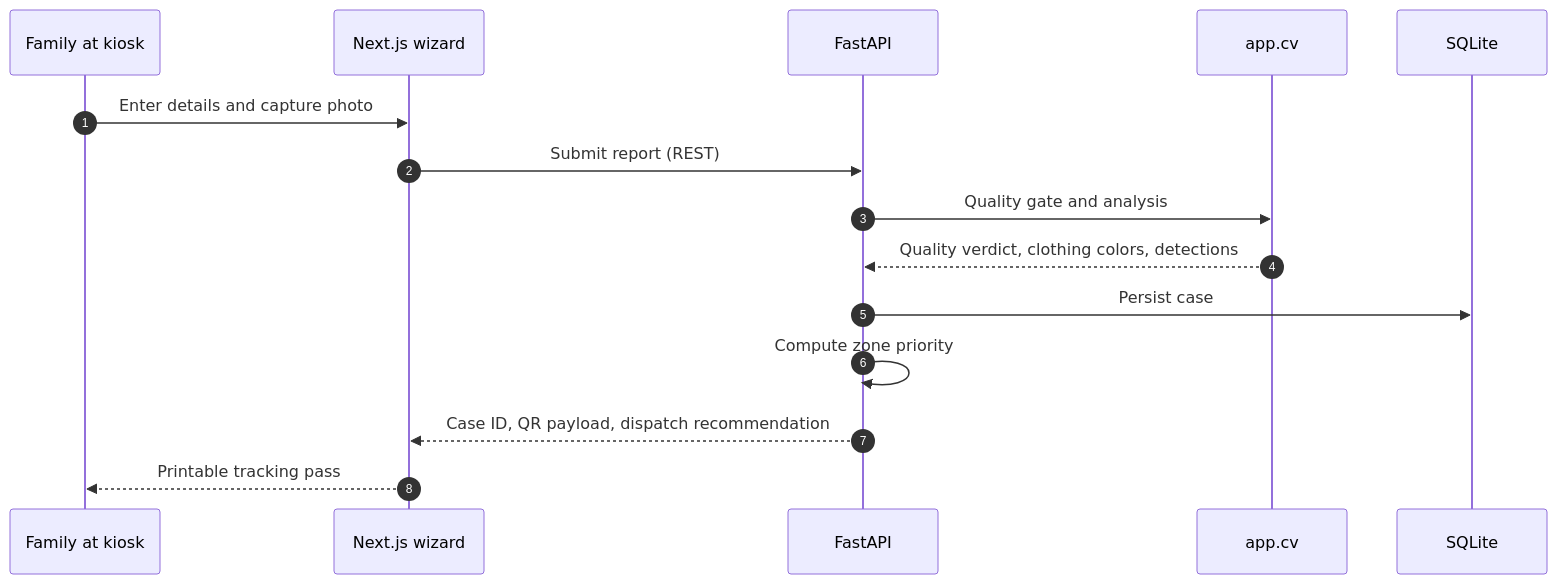
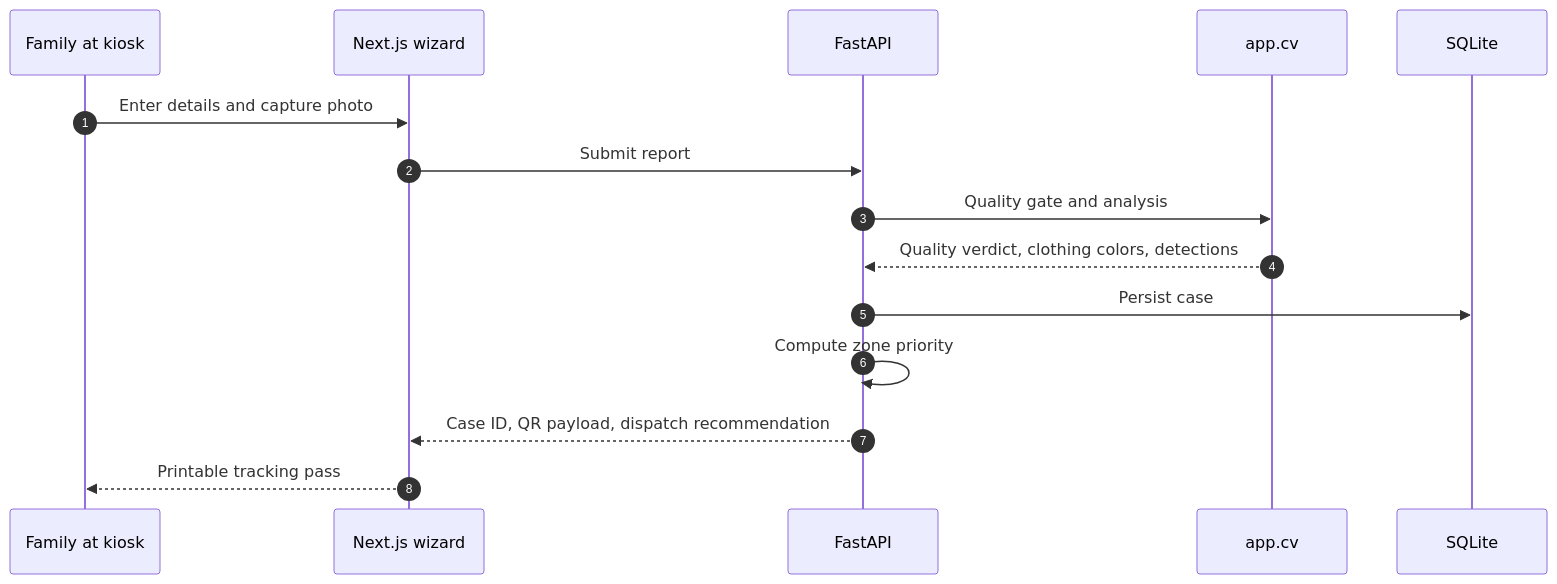
The second of 3 diagrams in README.md (RishiBuilds/kumbh-milaap), drawn with Mermaid before and after one commit. The commit also changed other lines of this file and 1 other file, not shown here.

````diff
--- a/README.md
+++ b/README.md
@@ -134,18 +216,18 @@
 ```mermaid
 sequenceDiagram
     autonumber
     participant F as Family at kiosk
     participant UI as Next.js wizard
     participant API as FastAPI
     participant CV as app.cv
     participant DB as SQLite
 
     F->>UI: Enter details and capture photo
-    UI->>API: Submit report (REST)
+    UI->>API: Submit report
     API->>CV: Quality gate and analysis
     CV-->>API: Quality verdict, clothing colors, detections
     API->>DB: Persist case
     API->>API: Compute zone priority
     API-->>UI: Case ID, QR payload, dispatch recommendation
     UI-->>F: Printable tracking pass
 ```
````
